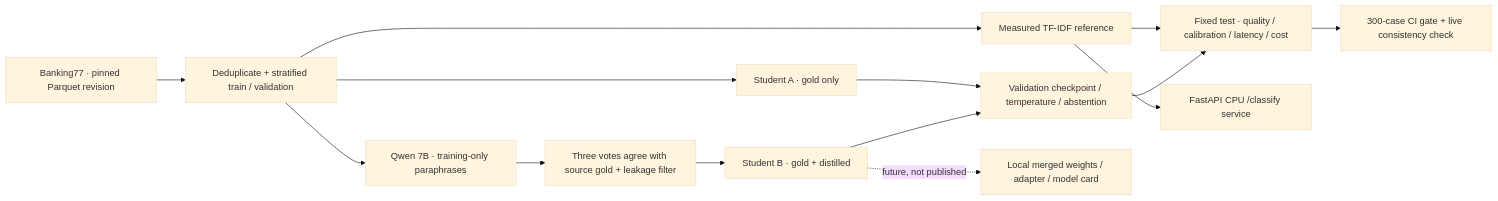
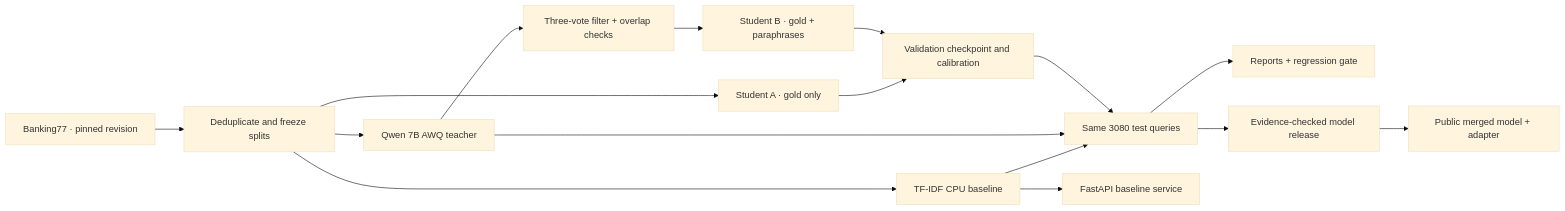
Before and after one commit to jatinmallarapu/Banking77Distillation: the diagram in README.md, drawn with Mermaid (base theme). The commit also changed other lines of this file and 16 other files, not shown here.

Commit message:
release: publish verified Banking77 v0.1 model links and complete measured pilot results

````diff
--- a/README.md
+++ b/README.md
@@ -94,14 +66,15 @@
 ```mermaid
 flowchart LR
-  D[Banking77 · pinned Parquet revision] --> S[Deduplicate + stratified train / validation]
-  S --> B[Measured TF-IDF reference]
-  S --> T[Qwen 7B · training-only paraphrases]
-  T --> F[Three votes agree with source gold + leakage filter]
+  D[Banking77 · pinned revision] --> S[Deduplicate and freeze splits]
+  S --> B[TF-IDF CPU baseline]
+  S --> T[Qwen 7B AWQ teacher]
+  T --> F[Three-vote filter + overlap checks]
   S --> A[Student A · gold only]
-  F --> C[Student B · gold + distilled]
-  A & C --> V[Validation checkpoint / temperature / abstention]
-  B & V --> E[Fixed test · quality / calibration / latency / cost]
-  E --> G[300-case CI gate + live consistency check]
-  B --> API[FastAPI CPU /classify service]
-  C -. future, not published .-> H[Local merged weights / adapter / model card]
+  F --> C[Student B · gold + paraphrases]
+  A & C --> V[Validation checkpoint and calibration]
+  B & T & V --> E[Same 3080 test queries]
+  E --> G[Reports + regression gate]
+  E --> R[Evidence-checked model release]
+  B --> API[FastAPI baseline service]
+  R --> H[Public merged model + adapter]
 ```
````
